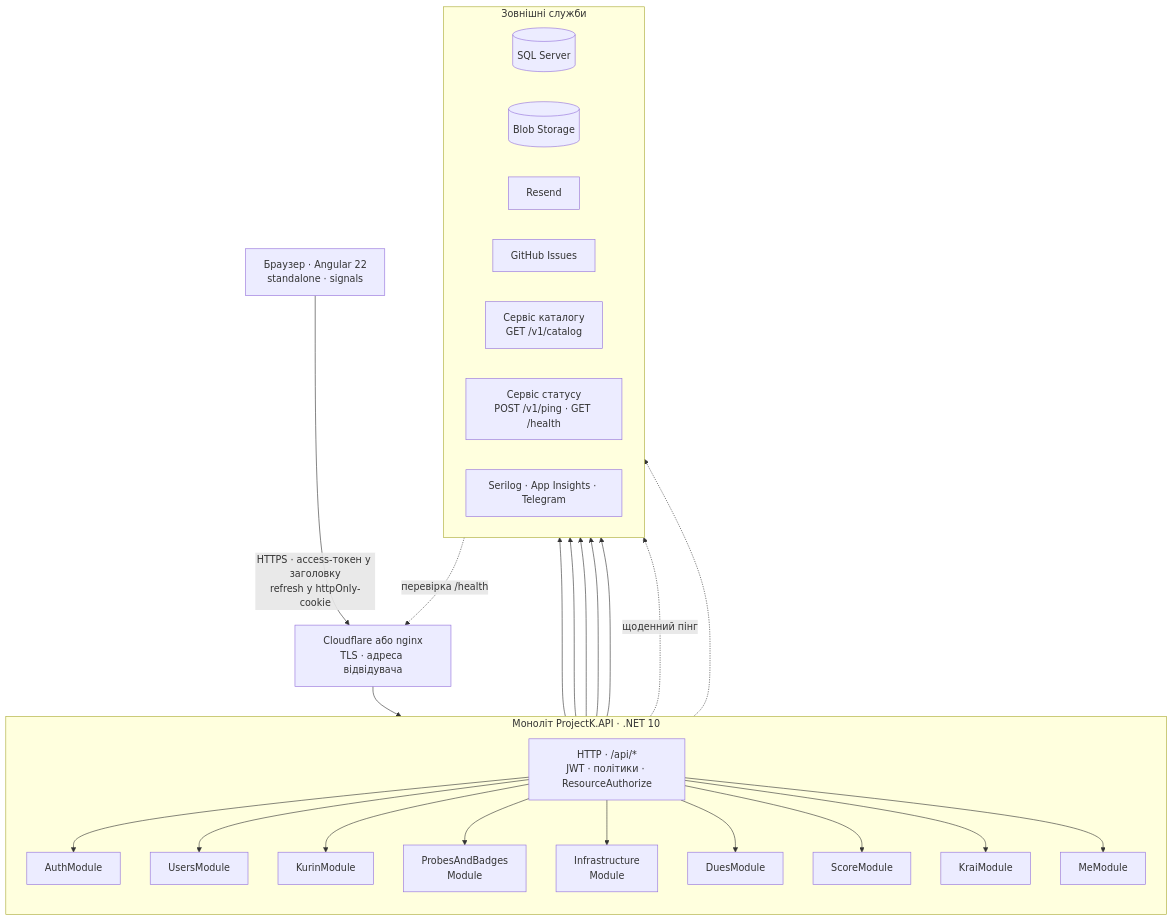
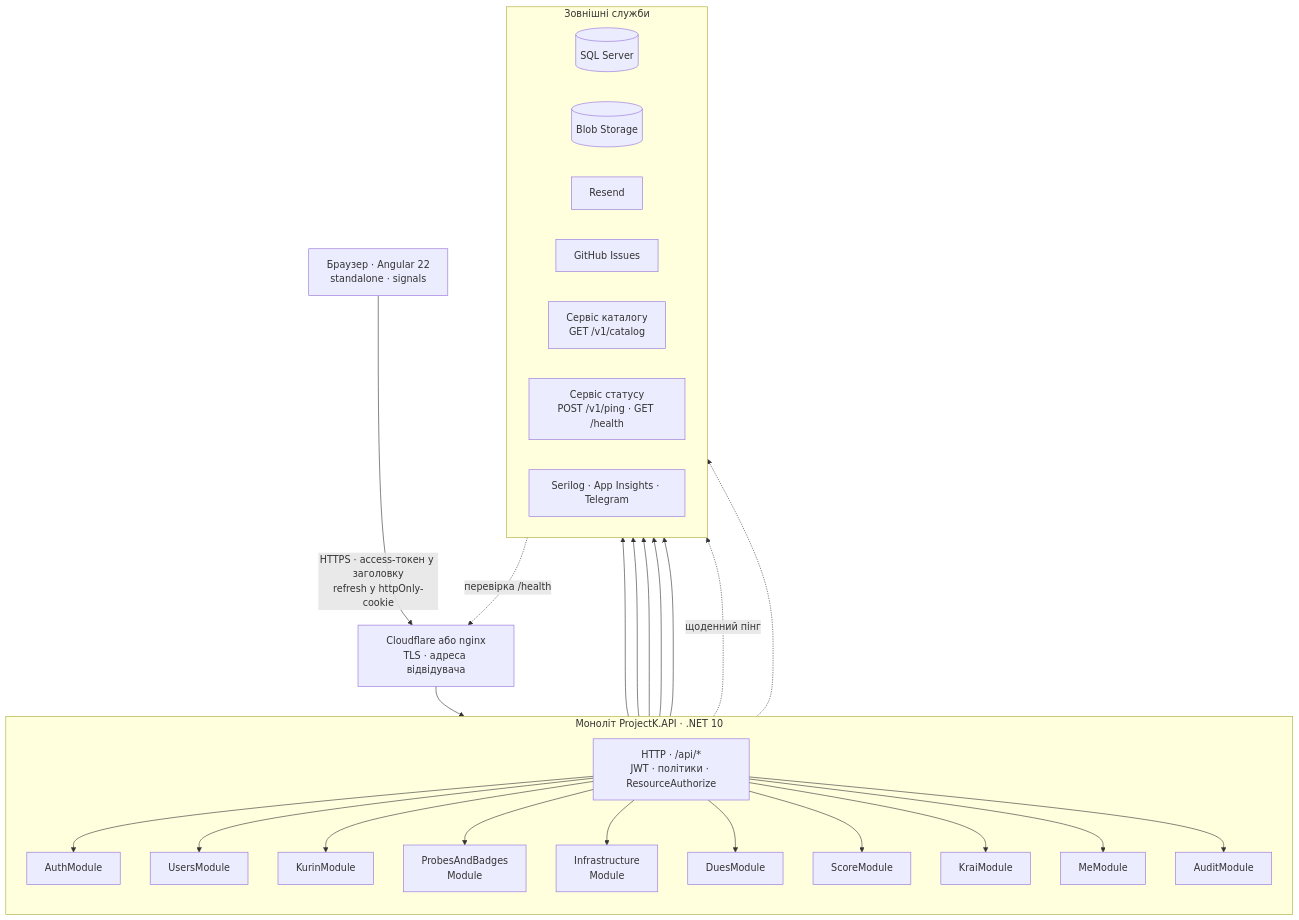
One commit to lileyka-app/Project-K changed the first of 4 diagrams in docs/dev/core/architecture-diagrams.md. Above: the diagram before and after it, drawn with Mermaid. The commit also changed other lines of this file and 5 other files, not shown here.

````diff
--- a/docs/dev/core/architecture-diagrams.md
+++ b/docs/dev/core/architecture-diagrams.md
@@ -19,40 +19,41 @@
 ```mermaid
 flowchart TB
     SPA["Браузер · Angular 22<br/>standalone · signals"]
     PROXY["Cloudflare або nginx<br/>TLS · адреса відвідувача"]
 
     subgraph api["Моноліт ProjectK.API · .NET 10"]
         direction TB
         HTTP["HTTP · /api/*<br/>JWT · політики · ResourceAuthorize"]
         AUTH["AuthModule"]
         USERS["UsersModule"]
         KURIN["KurinModule"]
         PB["ProbesAndBadges<br/>Module"]
         INFRA["Infrastructure<br/>Module"]
         DUES["DuesModule"]
         SCORE["ScoreModule"]
         KRAI["KraiModule"]
         ME["MeModule"]
+        AUDIT["AuditModule"]
         HTTP --> AUTH & USERS & KURIN & PB & INFRA
-        HTTP --> DUES & SCORE & KRAI & ME
+        HTTP --> DUES & SCORE & KRAI & ME & AUDIT
     end
 
     subgraph ext["Зовнішні служби"]
         direction LR
         DB[("SQL Server")]
         BLOB[("Blob Storage")]
         MAIL["Resend"]
         GH["GitHub Issues"]
         CAT["Сервіс каталогу<br/>GET /v1/catalog"]
         STATUS["Сервіс статусу<br/>POST /v1/ping · GET /health"]
         LOGS["Serilog · App Insights · Telegram"]
     end
 
     SPA -- "HTTPS · access-токен у заголовку<br/>refresh у httpOnly-cookie" --> PROXY
     PROXY --> HTTP
     KURIN ~~~ DB
     api --> DB & BLOB & MAIL & GH & CAT
     api -. "щоденний пінг" .-> STATUS
     STATUS -. "перевірка /health" .-> PROXY
     api -.-> LOGS
 ```
````
